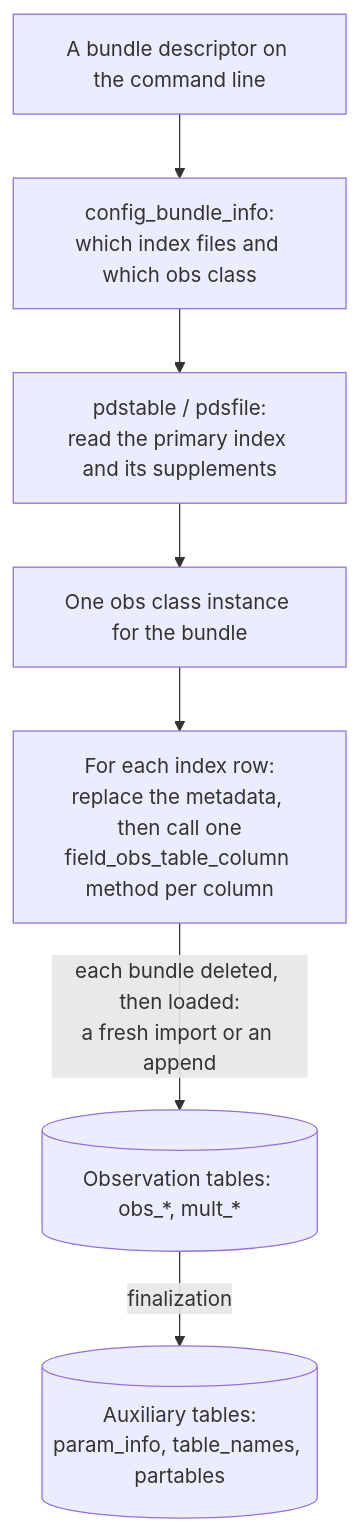
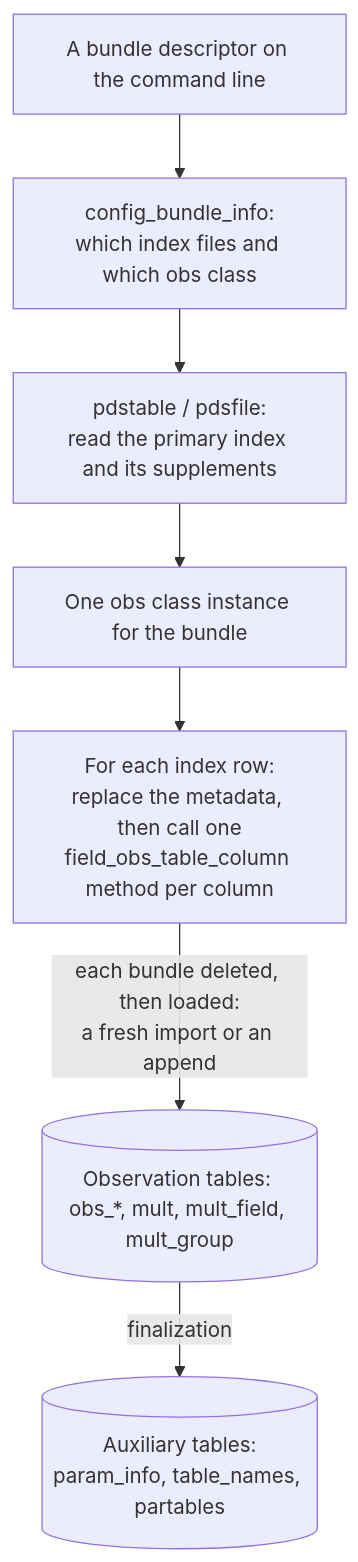
Before and after one commit to SETI/rms-opus: the second of 3 diagrams in docs/dev_guide_architecture.rst, drawn with Mermaid. The commit also changed other lines of this file and 21 other files, not shown here.

```diff
--- a/docs/dev_guide_architecture.rst
+++ b/docs/dev_guide_architecture.rst
@@ -42,10 +42,10 @@
 .. mermaid::
     :zoom:
 
     flowchart TD
         A[A bundle descriptor on the command line] --> B[config_bundle_info:<br/>which index files and which obs class]
         B --> C[pdstable / pdsfile:<br/>read the primary index and its supplements]
         C --> D[One obs class instance for the bundle]
         D --> E[For each index row:<br/>replace the metadata, then call one<br/>field_obs_table_column method per column]
-        E -->|each bundle deleted, then loaded:<br/>a fresh import or an append| G[(Observation tables: obs_*, mult_*)]
+        E -->|each bundle deleted, then loaded:<br/>a fresh import or an append| G[(Observation tables: obs_*, mult, mult_field, mult_group)]
         G -->|finalization| H[(Auxiliary tables:<br/>param_info, table_names, partables)]
```
